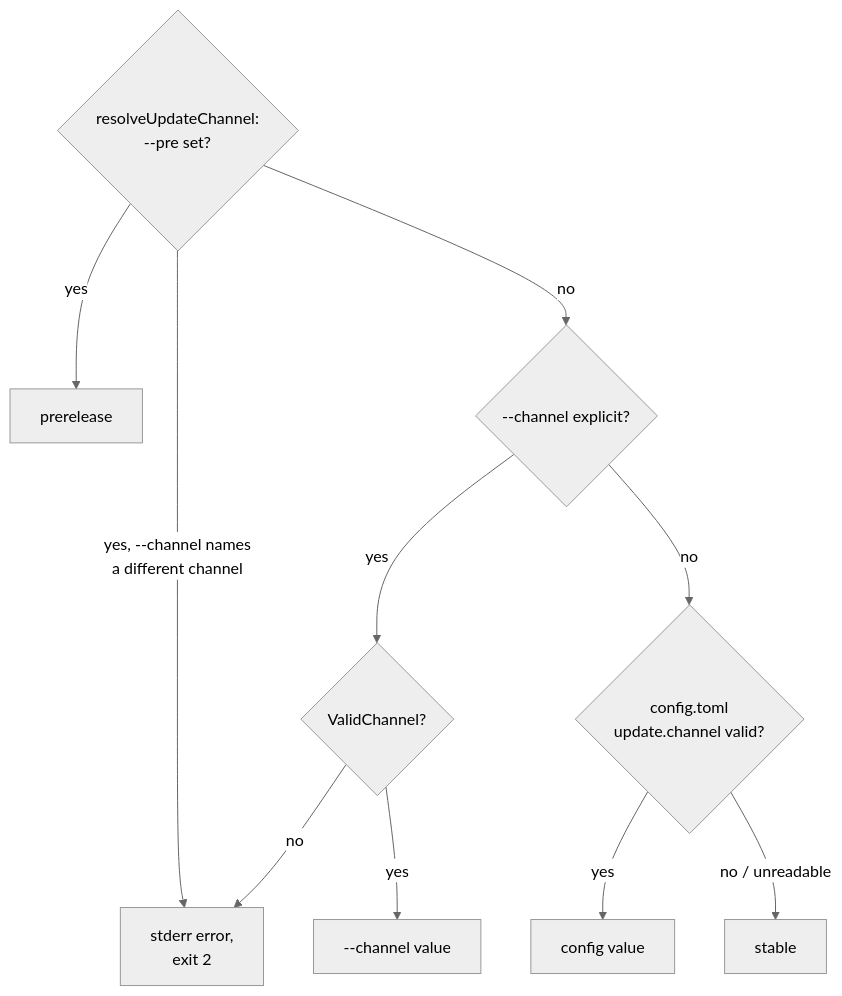
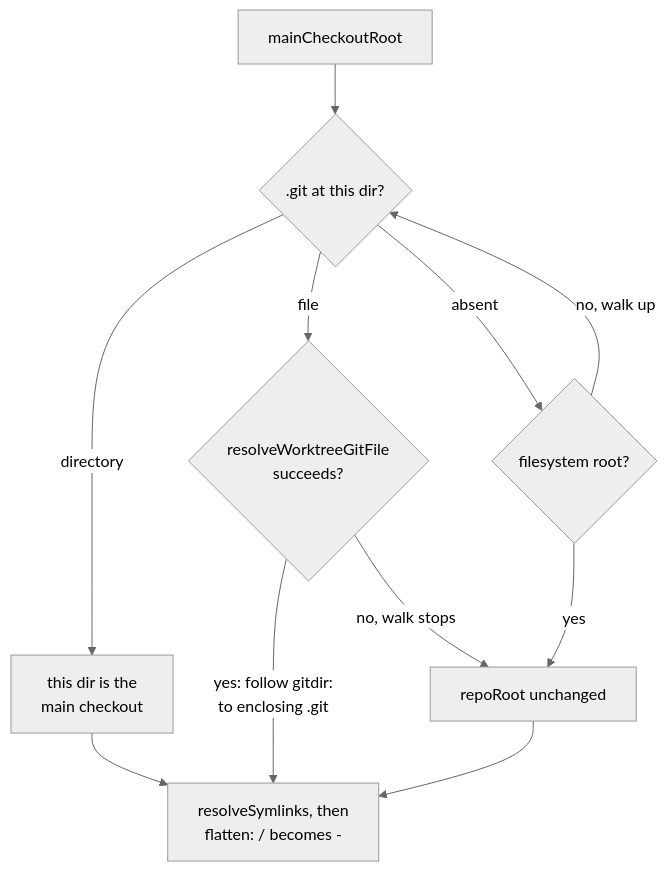
One commit to damusix/atomic-claude changed the third of 12 diagrams in docs/wiki/config.md. Above: the diagram before and after it, drawn with Mermaid (neutral theme). The commit also changed other lines of this file and 795 other files, not shown here.

First line of the commit message:
feat!: run Atomic on Claude Code, OMP, and Codex

````diff
--- a/docs/wiki/config.md
+++ b/docs/wiki/config.md
@@ -187,13 +88,14 @@
 ```mermaid
 flowchart TD
-    %% source: atomic/cmd/atomic/cmd_update.go (resolveUpdateChannel, runUpdate)
-    P{"resolveUpdateChannel:<br/>--pre set?"} -->|"yes, --channel names<br/>a different channel"| X["stderr error,<br/>exit 2"]
-    P -->|"yes"| PRE["prerelease"]
-    P -->|no| C{"--channel explicit?"}
-    C -->|yes| CV{"ValidChannel?"}
-    CV -->|no| X
-    CV -->|yes| CVV["--channel value"]
-    C -->|no| CFG{"config.toml<br/>update.channel valid?"}
-    CFG -->|yes| CFGV["config value"]
-    CFG -->|"no / unreadable"| ST["stable"]
+    %% source: atomic/internal/config/projectstate.go (mainCheckoutRoot, projectKey)
+    A["mainCheckoutRoot"] --> B{".git at this dir?"}
+    B -->|directory| C["this dir is the<br/>main checkout"]
+    B -->|file| W{"resolveWorktreeGitFile<br/>succeeds?"}
+    W -->|"yes: follow gitdir:<br/>to enclosing .git"| K
+    W -->|no, walk stops| F
+    B -->|absent| U{"filesystem root?"}
+    U -->|no, walk up| B
+    U -->|yes| F["repoRoot unchanged"]
+    C --> K["resolveSymlinks, then<br/>flatten: / becomes -"]
+    F --> K
 ```
````
